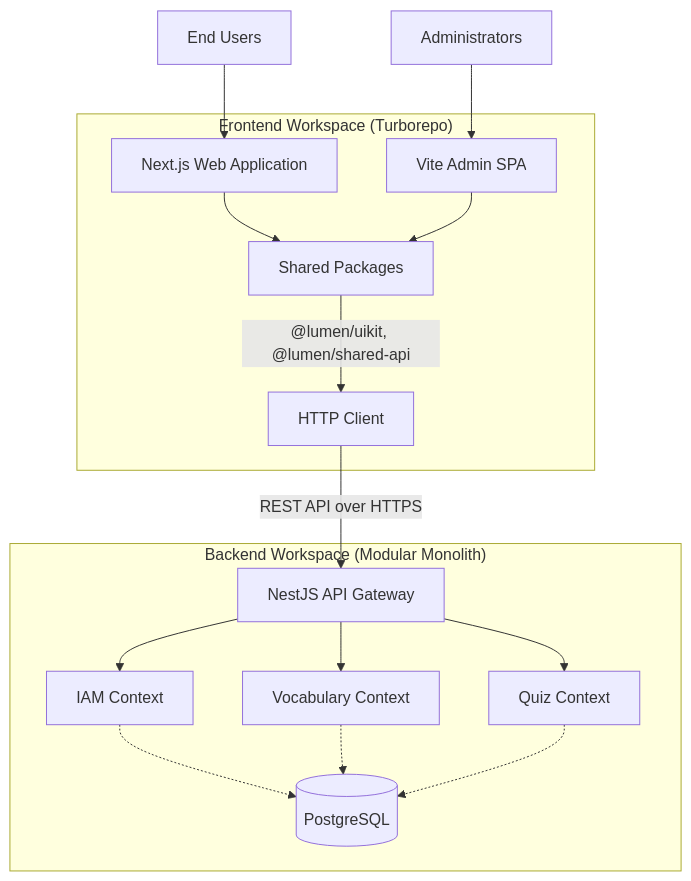
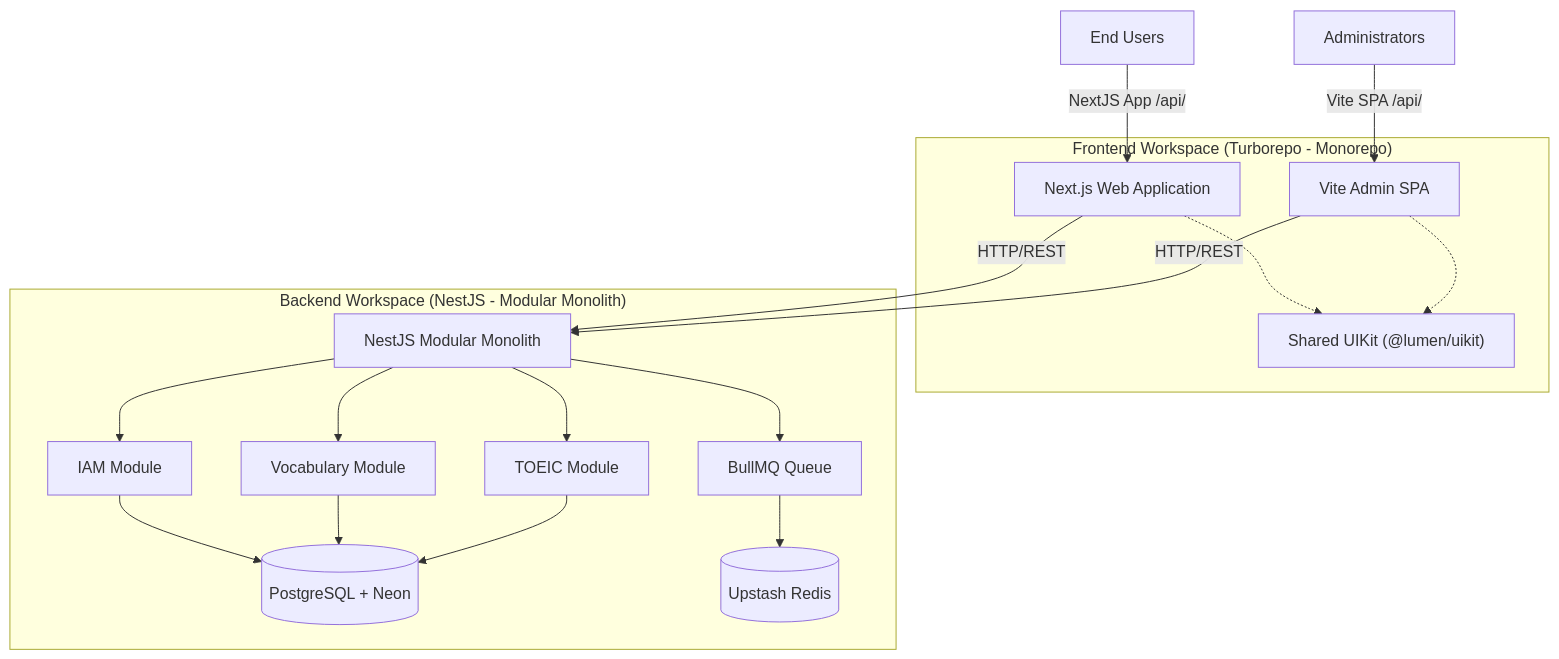
One commit to Youth-Garden/lumen changed the diagram in README.md. Above: the diagram before and after it, drawn with Mermaid. The commit also changed other lines of this file, not shown here.

Commit message:
docs: rewrite README.md with detailed system architecture and specifications

````diff
--- a/README.md
+++ b/README.md
@@ -9,26 +26,27 @@
 ```mermaid
 graph TD
-    Client[End Users] --> Web[Next.js Web Application]
-    AdminUser[Administrators] --> AdminSPA[Vite Admin SPA]
+    Client[End Users] -->|NextJS App /api/| Web[Next.js Web Application]
+    AdminUser[Administrators] -->|Vite SPA /api/| AdminSPA[Vite Admin SPA]
 
-    subgraph "Frontend Workspace (Turborepo)"
+    subgraph "Frontend Workspace (Turborepo - Monorepo)"
         Web
         AdminSPA
-        Web --> Shared[Shared Packages]
-        AdminSPA --> Shared
-        Shared --> |"@lumen/uikit, @lumen/shared-api"| APIClient[HTTP Client]
+        Web -.-> Shared["Shared UIKit (@lumen/uikit)"]
+        AdminSPA -.-> Shared
     end
 
-    APIClient --> |"REST API over HTTPS"| Gateway
+    Web -->|HTTP/REST| Backend[NestJS Modular Monolith]
+    AdminSPA -->|HTTP/REST| Backend
 
-    subgraph "Backend Workspace (Modular Monolith)"
-        Gateway[NestJS API Gateway]
-        Gateway --> IAM[IAM Context]
-        Gateway --> Vocabulary[Vocabulary Context]
-        Gateway --> Quiz[Quiz Context]
+    subgraph "Backend Workspace (NestJS - Modular Monolith)"
+        Backend --> IAM[IAM Module]
+        Backend --> Vocab[Vocabulary Module]
+        Backend --> Test[TOEIC Module]
+        Backend --> Queue[BullMQ Queue]
         
-        IAM -.-> DB[(PostgreSQL)]
-        Vocabulary -.-> DB
-        Quiz -.-> DB
+        IAM --> DB[(PostgreSQL + Neon)]
+        Vocab --> DB
+        Test --> DB
+        Queue --> Redis[(Upstash Redis)]
     end
 ```
````
